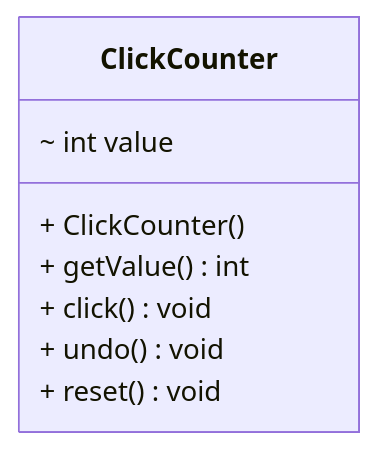
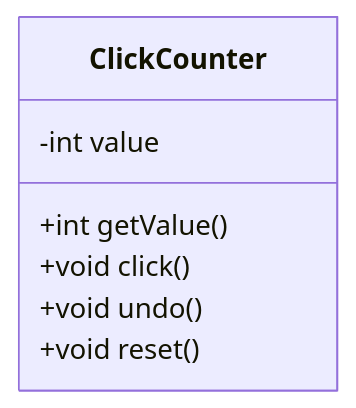
Before and after one commit to MarinCervinschi/ObjectOrientedProgramming: the first of 13 diagrams in exercices/src/main/java/oop/README.md, drawn with Mermaid. The commit also changed other lines of this file and 21 other files, not shown here.

````diff
--- a/exercices/src/main/java/oop/README.md
+++ b/exercices/src/main/java/oop/README.md
@@ -21,12 +21,10 @@
 ```mermaid
 classDiagram
-direction BT
-class ClickCounter {
-    ~ int value
-    + ClickCounter()
-    + getValue() int
-    + click() void
-    + undo() void
-    + reset() void
-}
+    class ClickCounter {
+        -int value
+        +int getValue()
+        +void click()
+        +void undo()
+        +void reset()
+    }
 ```
````
